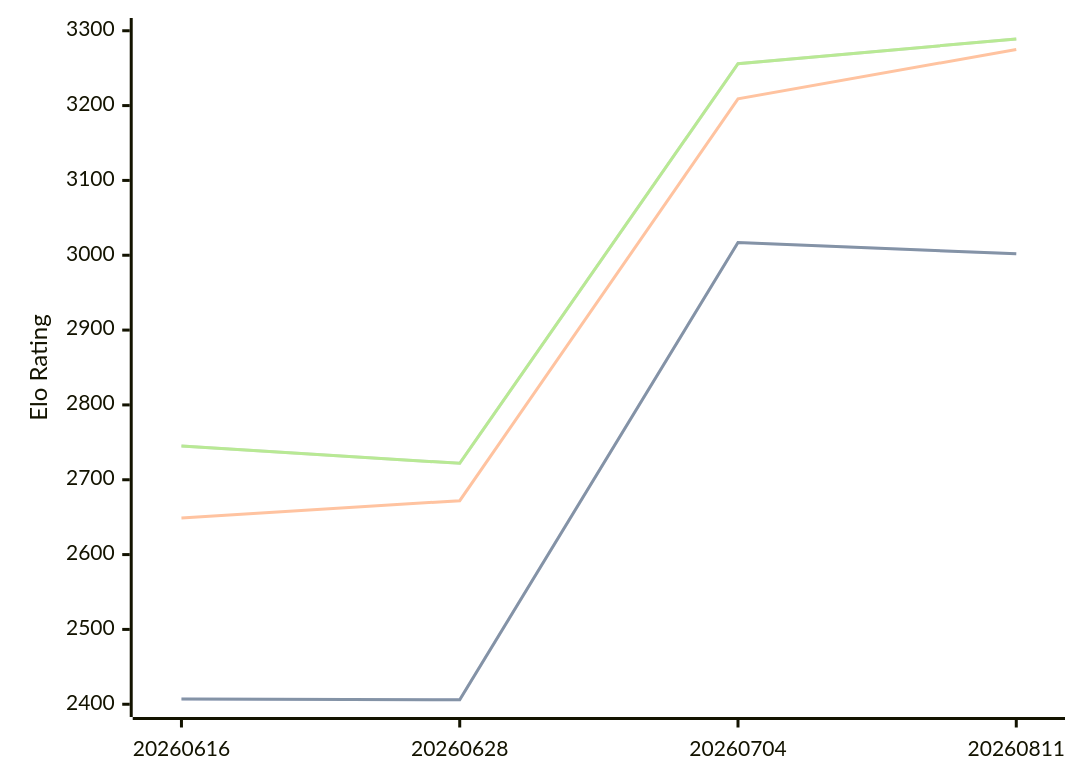
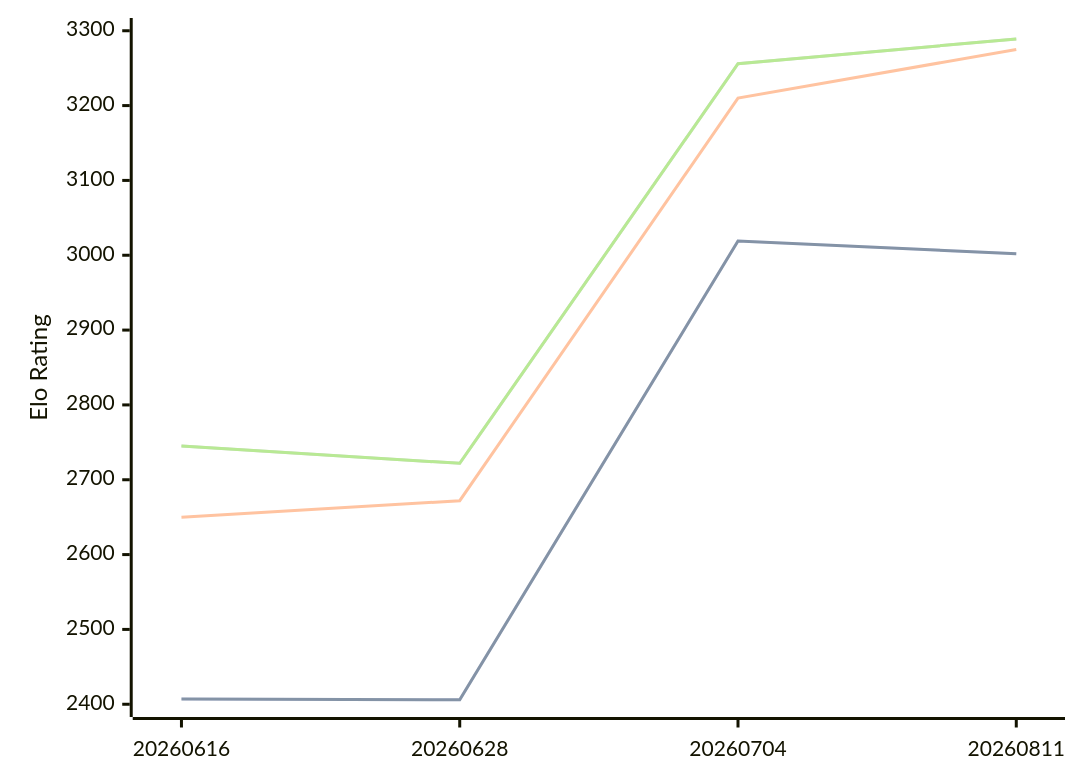
Before and after one commit to computer-chess-index/cci: the diagram in engines/Askaig.md, drawn with Mermaid. The commit also changed other lines of this file, not shown here.

````diff
--- a/engines/Askaig.md
+++ b/engines/Askaig.md
@@ -36,11 +36,11 @@
 ```mermaid
 %%{init: {"theme":"base","themeVariables":{"seriesColors:['#a3a3a3','#222221','#faa371']}}}%%
 xychart-beta
   x-axis ["20260616", "20260628", "20260704", "20260811"]
   y-axis "Elo Rating" 2400 --> 3300
-  line "" [2407, 2406, 3017, 3002]
-  line "STC (8.0+0.08s)" [2407, 2406, 3017, 3002]
-  line "LTC (60.0+0.60s)" [2649, 2672, 3209, 3275]
+  line "" [2407, 2406, 3019, 3002]
+  line "STC (8.0+0.08s)" [2407, 2406, 3019, 3002]
+  line "LTC (60.0+0.60s)" [2650, 2672, 3210, 3275]
   line "" [2745, 2722, 3256, 3289]
   line "VLTC (2m24s+1.12s)" [2745, 2722, 3256, 3289]
 ```
````
